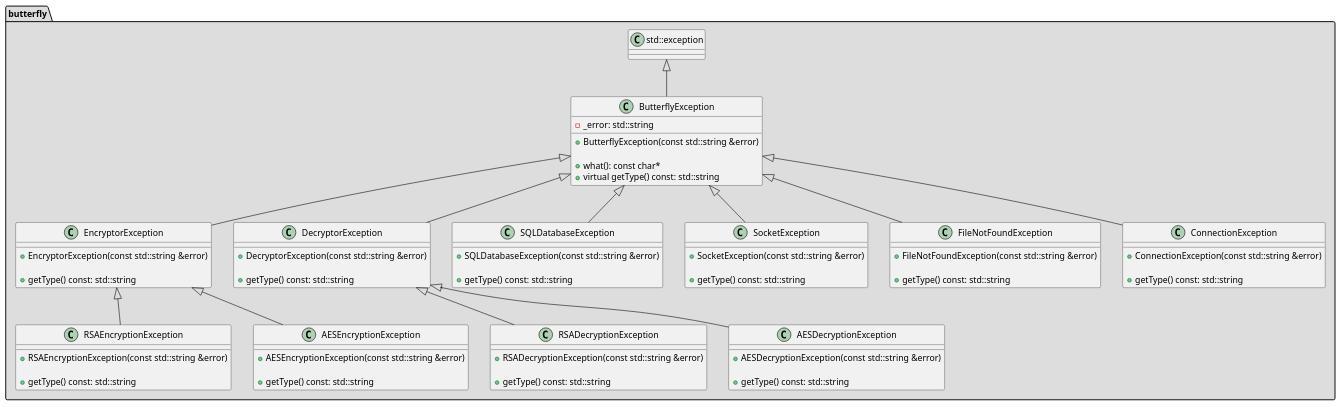
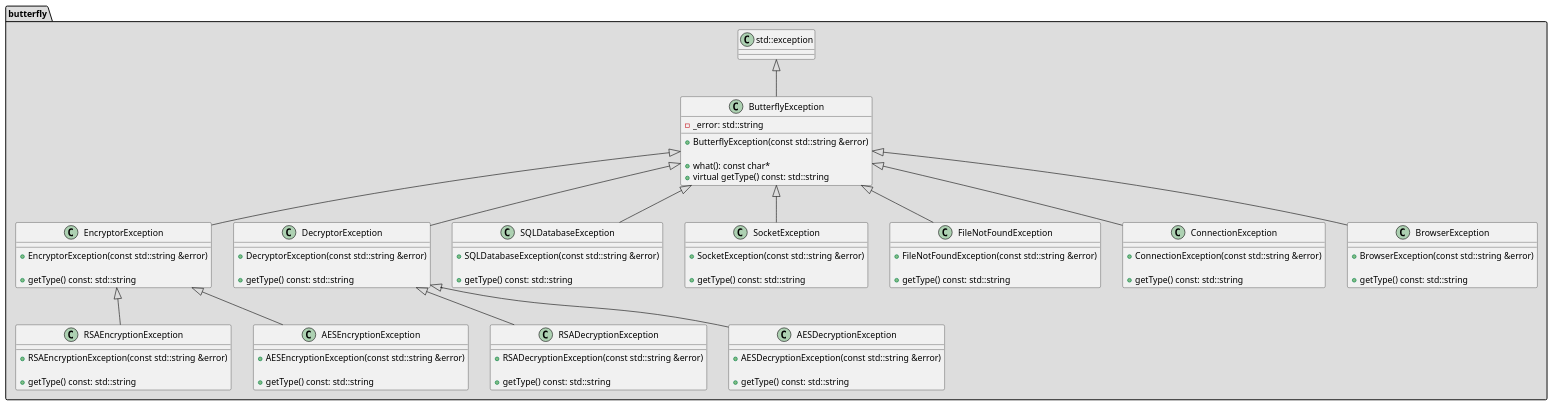
Before and after one commit to bierschi/butterfly: the diagram in architecture/class_diagrams/bflyExceptions.puml, drawn with PlantUML. The commit also changed 9 other files, not shown here.

Commit message:
Updated the class diagrams in architecture

```diff
--- a/architecture/class_diagrams/bflyExceptions.puml
+++ b/architecture/class_diagrams/bflyExceptions.puml
@@ -1,116 +1,125 @@
 @startuml
 
 package butterfly #DDDDDD
 {
 
 class std::exception
 {
 
 }
 
 class ButterflyException
 {
     - _error: std::string
 
     + ButterflyException(const std::string &error)
 
     + what(): const char*
     + virtual getType() const: std::string
 }
 
 class RSAEncryptionException
 {
 
     + RSAEncryptionException(const std::string &error)
 
     + getType() const: std::string
 }
 
 class RSADecryptionException
 {
 
     + RSADecryptionException(const std::string &error)
 
     + getType() const: std::string
 }
 
 class AESEncryptionException
 {
 
     + AESEncryptionException(const std::string &error)
 
     + getType() const: std::string
 }
 
 class AESDecryptionException
 {
 
     + AESDecryptionException(const std::string &error)
 
     + getType() const: std::string
 }
 
 class EncryptorException
 {
 
     + EncryptorException(const std::string &error)
 
     + getType() const: std::string
 }
 
 class DecryptorException
 {
 
     + DecryptorException(const std::string &error)
 
     + getType() const: std::string
 }
 
 class SQLDatabaseException
 {
 
     + SQLDatabaseException(const std::string &error)
 
     + getType() const: std::string
 }
 
 class SocketException
 {
 
     + SocketException(const std::string &error)
 
     + getType() const: std::string
 }
 
 class FileNotFoundException
 {
 
     + FileNotFoundException(const std::string &error)
 
     + getType() const: std::string
 }
 
 class ConnectionException
 {
 
     + ConnectionException(const std::string &error)
 
     + getType() const: std::string
 }
 
+class BrowserException
+{
+
+    + BrowserException(const std::string &error)
+
+    + getType() const: std::string
+}
+
 std::exception <|-- ButterflyException
 ButterflyException <|-- EncryptorException
 ButterflyException <|-- DecryptorException
 
 EncryptorException <|-- RSAEncryptionException
 DecryptorException <|-- RSADecryptionException
 EncryptorException <|-- AESEncryptionException
 DecryptorException <|-- AESDecryptionException
 
 ButterflyException <|-- SQLDatabaseException
 ButterflyException <|-- SocketException
 ButterflyException <|-- FileNotFoundException
 ButterflyException <|-- ConnectionException
+ButterflyException <|-- BrowserException
 
 }
 @enduml
```
